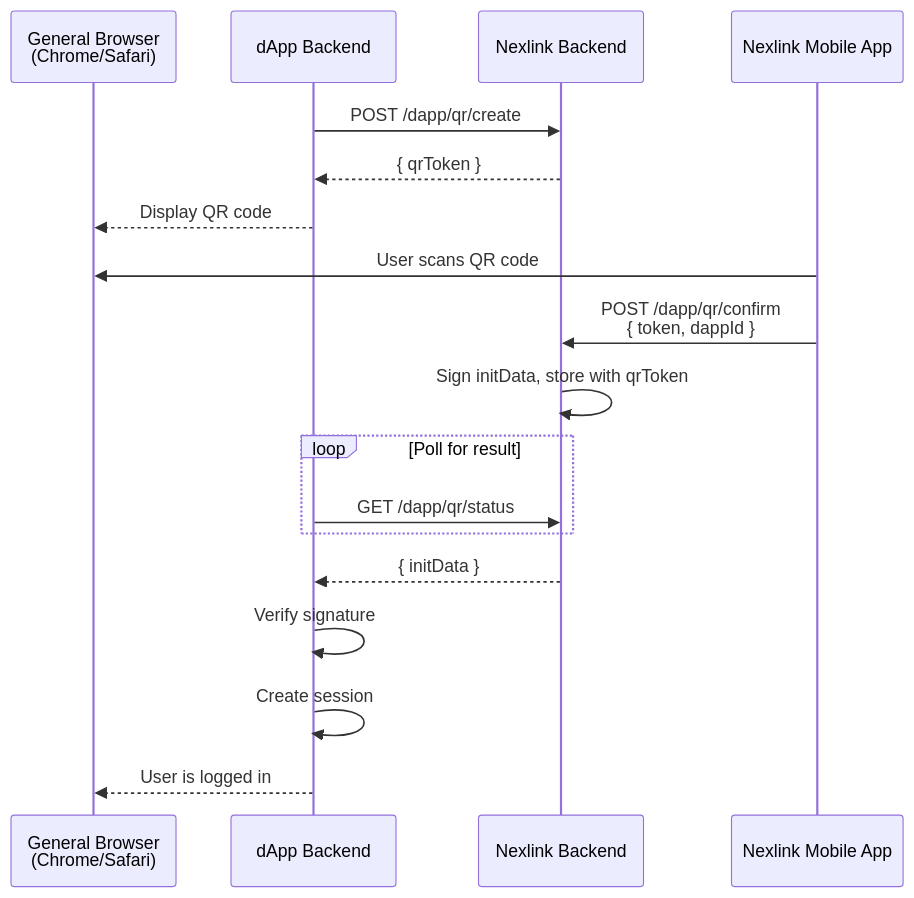
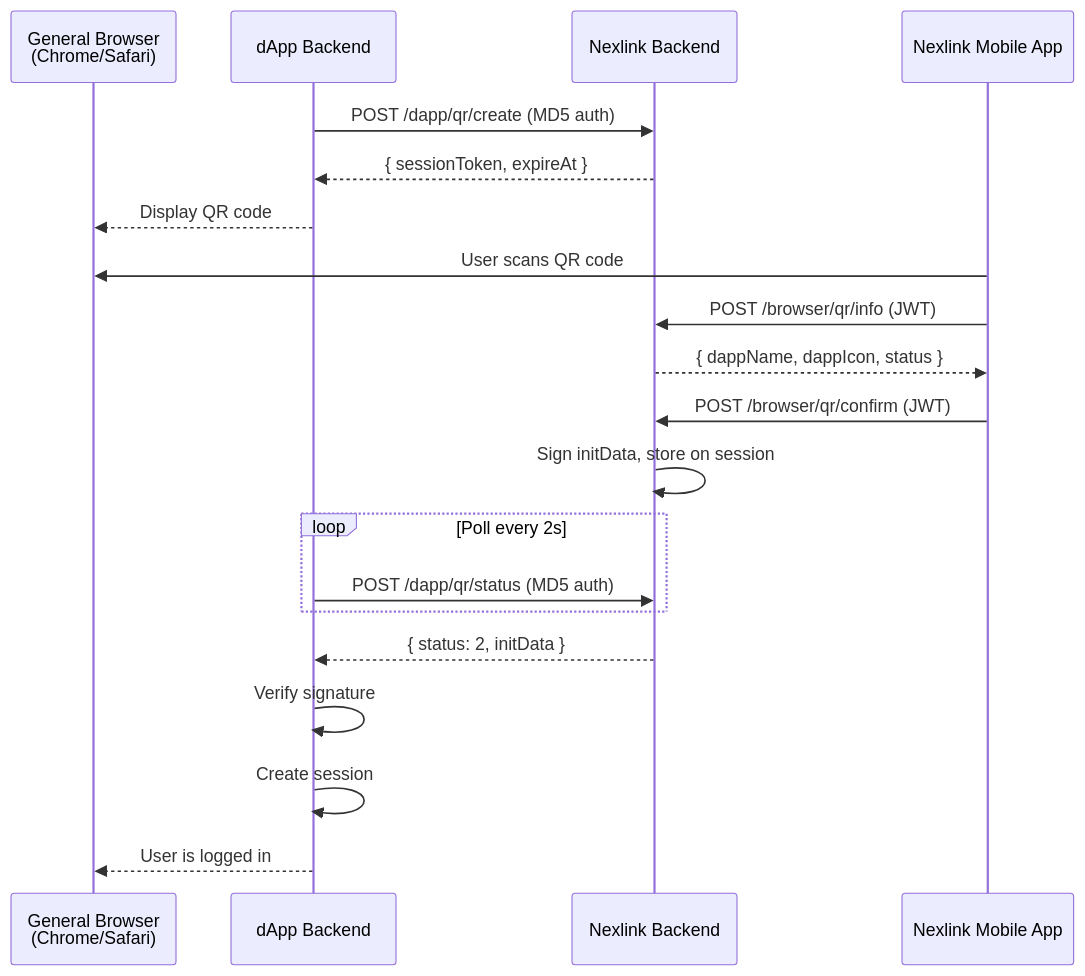
Before and after one commit to nexlink-dapp/dapp-docs: the second of 5 diagrams in AUTH.md, drawn with Mermaid. The commit also changed other lines of this file, not shown here.

Commit message:
Revise AUTH documentation

````diff
--- a/AUTH.md
+++ b/AUTH.md
@@ -165,24 +165,26 @@
 ```mermaid
 sequenceDiagram
     participant Browser as General Browser<br/>(Chrome/Safari)
     participant BE as dApp Backend
     participant NX as Nexlink Backend
     participant App as Nexlink Mobile App
 
-    BE->>NX: POST /dapp/qr/create
-    NX-->>BE: { qrToken }
+    BE->>NX: POST /dapp/qr/create (MD5 auth)
+    NX-->>BE: { sessionToken, expireAt }
     BE-->>Browser: Display QR code
 
     App->>Browser: User scans QR code
-    App->>NX: POST /dapp/qr/confirm<br/>{ token, dappId }
-    NX->>NX: Sign initData, store with qrToken
+    App->>NX: POST /browser/qr/info (JWT)
+    NX-->>App: { dappName, dappIcon, status }
+    App->>NX: POST /browser/qr/confirm (JWT)
+    NX->>NX: Sign initData, store on session
 
-    loop Poll for result
-        BE->>NX: GET /dapp/qr/status
+    loop Poll every 2s
+        BE->>NX: POST /dapp/qr/status (MD5 auth)
     end
-    NX-->>BE: { initData }
+    NX-->>BE: { status: 2, initData }
 
     BE->>BE: Verify signature
     BE->>BE: Create session
     BE-->>Browser: User is logged in
 ```
````
